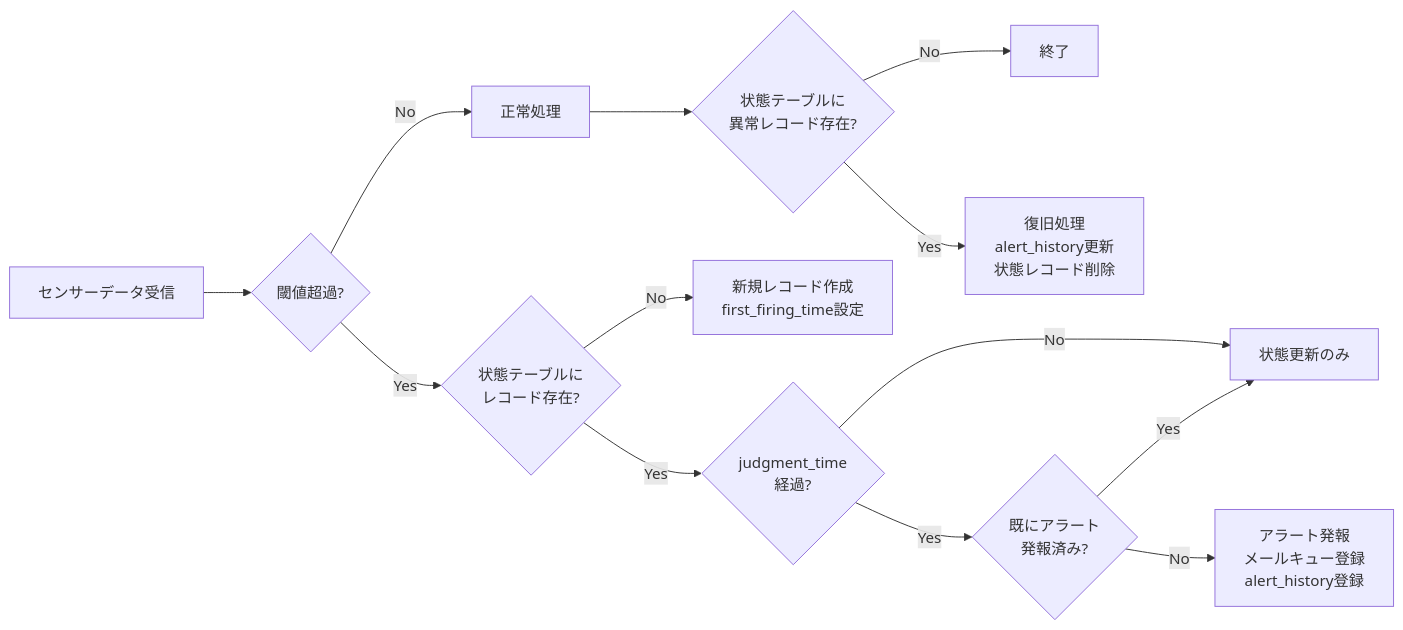
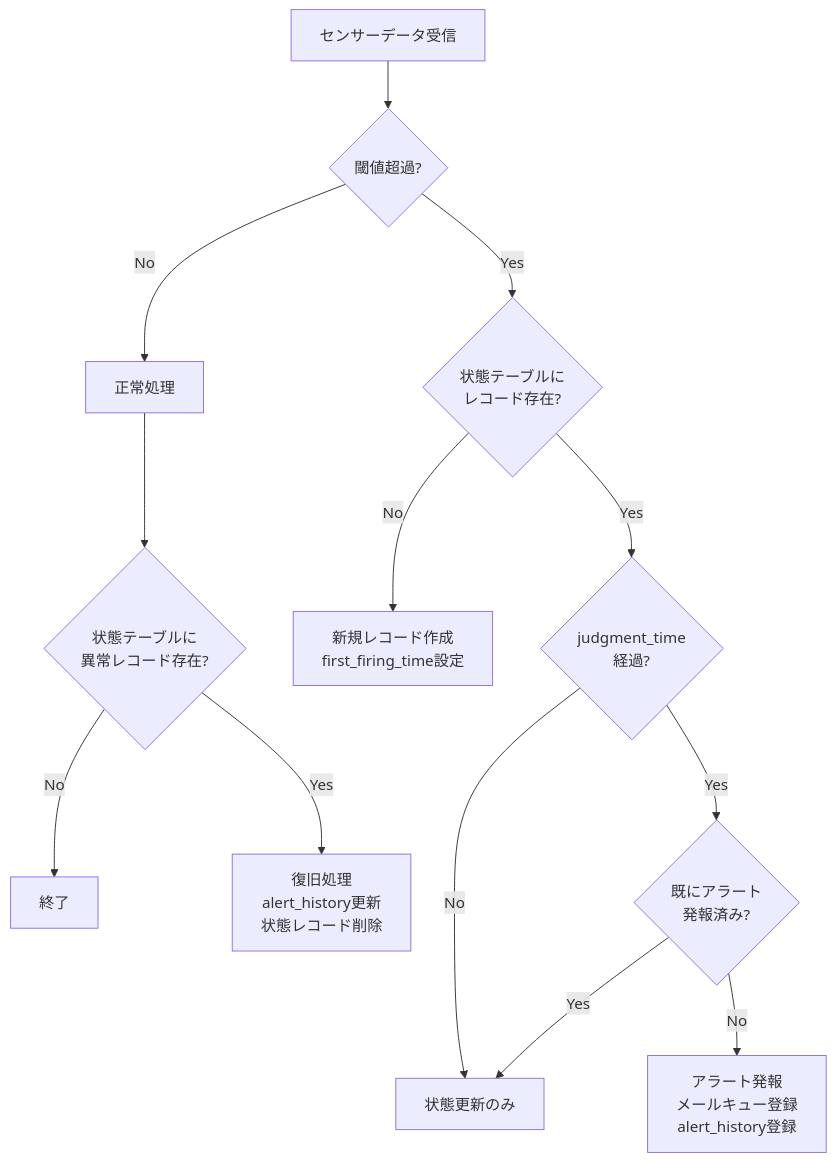
The second of 2 diagrams in docs/03-features/ldp-pipeline/silver-layer/README.md (NSW-SVCP-AIWG002/Databricks-IoT), drawn with Mermaid before and after one commit. The commit also changed other lines of this file and 4 other files, not shown here.

````diff
--- a/docs/03-features/ldp-pipeline/silver-layer/README.md
+++ b/docs/03-features/ldp-pipeline/silver-layer/README.md
@@ -189,16 +190,16 @@
 ```mermaid
-flowchart LR
+flowchart TB
     A[センサーデータ受信] --> B{閾値超過?}
     B -->|No| C[正常処理]
     B -->|Yes| D{状態テーブルに<br>レコード存在?}
     D -->|No| E[新規レコード作成<br>first_firing_time設定]
     D -->|Yes| F{judgment_time<br>経過?}
     F -->|No| G[状態更新のみ]
     F -->|Yes| H{既にアラート<br>発報済み?}
     H -->|Yes| G
     H -->|No| I[アラート発報<br>メールキュー登録<br>alert_history登録]
 
     C --> J{状態テーブルに<br>異常レコード存在?}
     J -->|No| K[終了]
     J -->|Yes| L[復旧処理<br>alert_history更新<br>状態レコード削除]
 ```
````
